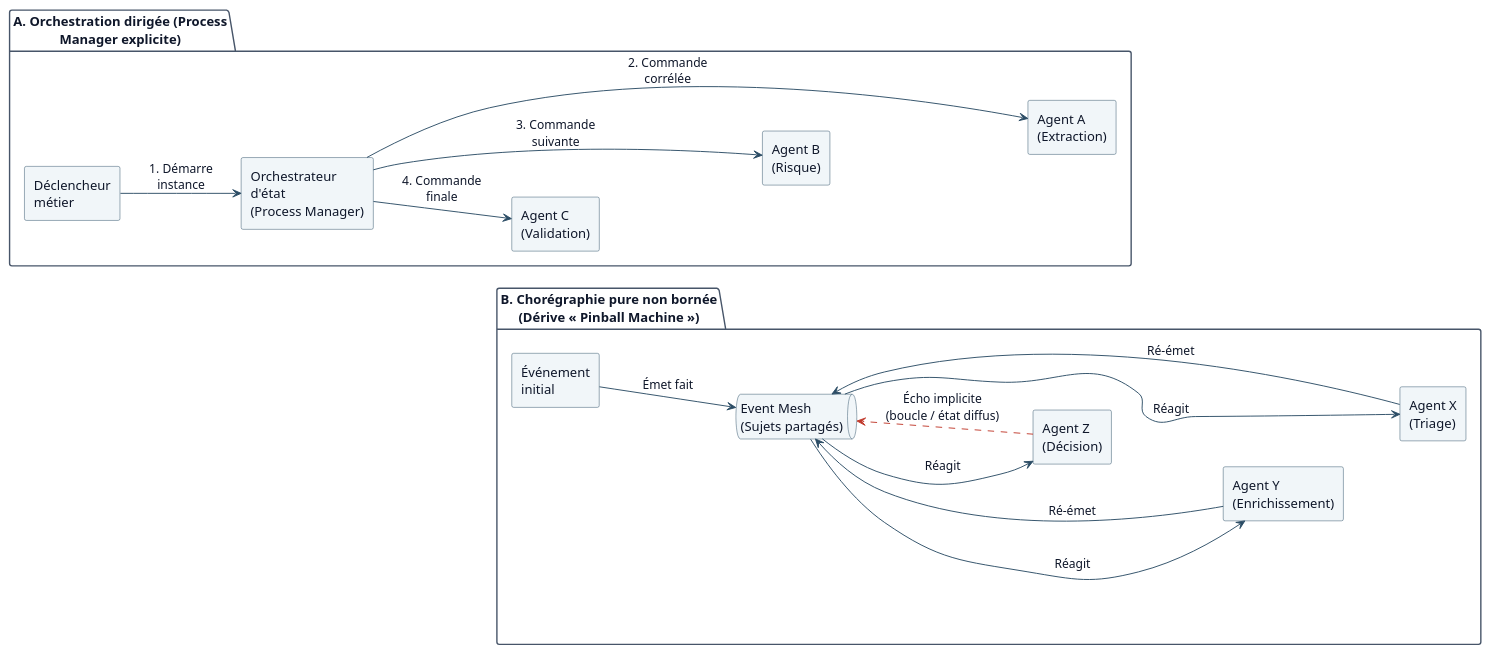
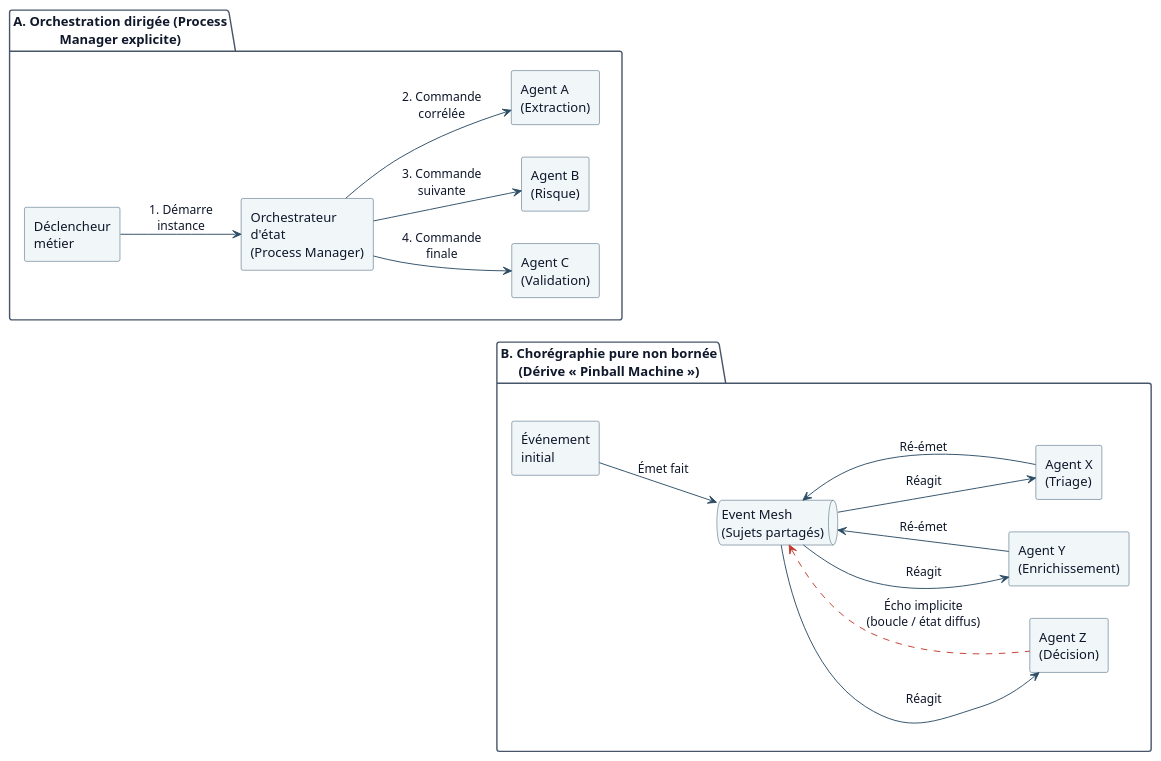
One commit to agbruneau/Agentique changed the diagram in 0 - Livre Blanc/Diagrammes/Fig-30 - Contraste topologique entre orchestration dirigée et dérive flipper.puml. Above: the diagram before and after it, drawn with PlantUML. The commit also changed 270 other files, not shown here.

First line of the commit message:
Audit approfondi et corrections finales Markdown et diagrammes des 6 ouvrages

```diff
--- a/0 - Livre Blanc/Diagrammes/Fig-30 - Contraste topologique entre orchestration dirigée et dérive flipper.puml
+++ b/0 - Livre Blanc/Diagrammes/Fig-30 - Contraste topologique entre orchestration dirigée et dérive flipper.puml
@@ -5,62 +5,66 @@
 @startuml
 skinparam backgroundColor #FFFFFF
 skinparam shadowing false
 skinparam package {
   BackgroundColor #FFFFFF
   BorderColor #475569
   FontColor #0F172A
 }
 skinparam rectangle {
   BackgroundColor #F1F6F9
   BorderColor #2B4C65
   FontColor #0F172A
   RoundCorner 4
 }
 skinparam queue {
   BackgroundColor #F1F6F9
   BorderColor #2B4C65
   FontColor #0F172A
 }
 skinparam arrow {
   Color #2B4C65
   FontColor #0F172A
 }
 
 left to right direction
 
 package "A. Orchestration dirigée (Process\nManager explicite)" {
   rectangle "Déclencheur\nmétier" as trig
   rectangle "Orchestrateur\nd'état\n(Process Manager)" as pm
-  rectangle "Agent C\n(Validation)" as agC
-  rectangle "Agent B\n(Risque)" as agB
-  rectangle "Agent A\n(Extraction)" as agA
+  together {
+    rectangle "Agent C\n(Validation)" as agC
+    rectangle "Agent B\n(Risque)" as agB
+    rectangle "Agent A\n(Extraction)" as agA
+  }
 
   trig --> pm : 1. Démarre\ninstance
   pm --> agC : 4. Commande\nfinale
   pm --> agB : 3. Commande\nsuivante
   pm --> agA : 2. Commande\ncorrélée
-  agC -[hidden]down-> agB
-  agB -[hidden]down-> agA
+  agC -[hidden]right-> agB
+  agB -[hidden]right-> agA
 }
 
 package "B. Chorégraphie pure non bornée\n(Dérive « Pinball Machine »)" {
   rectangle "Événement\ninitial" as evt
   queue "Event Mesh\n(Sujets partagés)" as em
-  rectangle "Agent Z\n(Décision)" as agZ
-  rectangle "Agent Y\n(Enrichissement)" as agY
-  rectangle "Agent X\n(Triage)" as agX
+  together {
+    rectangle "Agent Z\n(Décision)" as agZ
+    rectangle "Agent Y\n(Enrichissement)" as agY
+    rectangle "Agent X\n(Triage)" as agX
+  }
 
   evt --> em : Émet fait
   em --> agZ : Réagit
-  agZ -[#C0392B,dashed]-> em : Écho implicite\n(boucle / état diffus)
+  em <-[#C0392B,dashed]- agZ : Écho implicite\n(boucle / état diffus)
   em --> agY : Réagit
-  agY --> em : Ré-émet
+  em <-- agY : Ré-émet
   em --> agX : Réagit
-  agX --> em : Ré-émet
-  agZ -[hidden]down-> agY
-  agY -[hidden]down-> agX
+  em <-- agX : Ré-émet
+  agZ -[hidden]right-> agY
+  agY -[hidden]right-> agX
 }
 
 pm -[hidden]down-> evt
 
 @enduml
```
